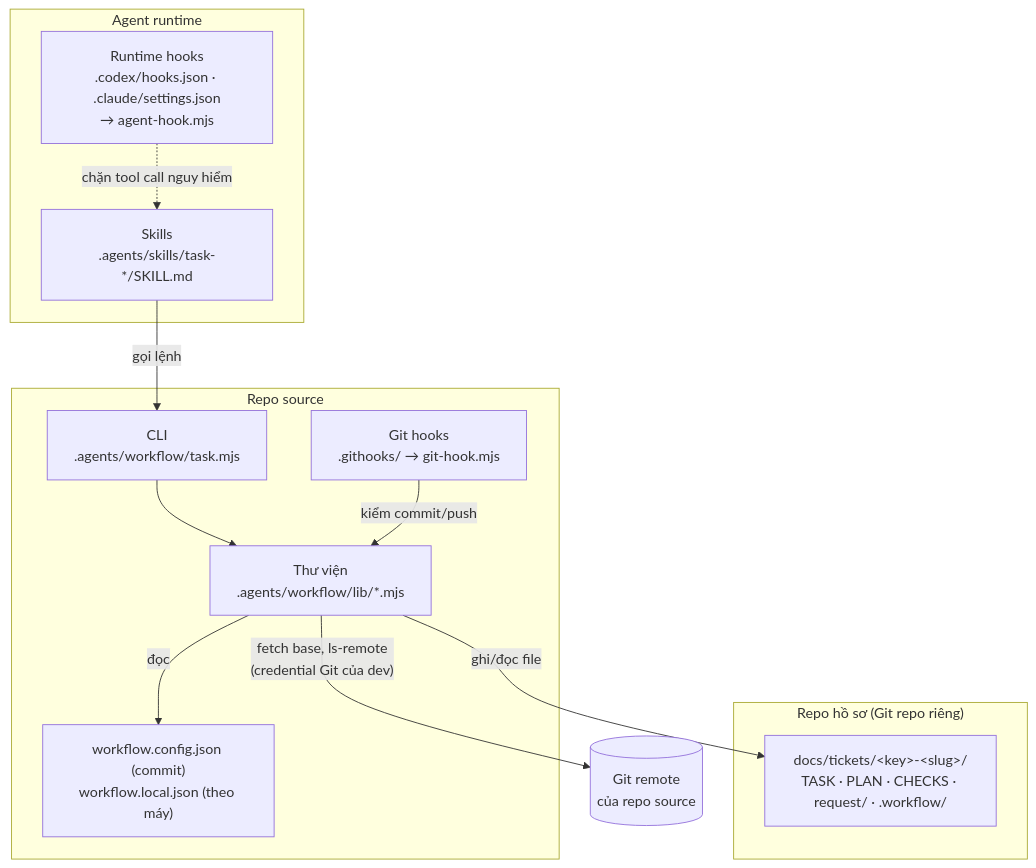
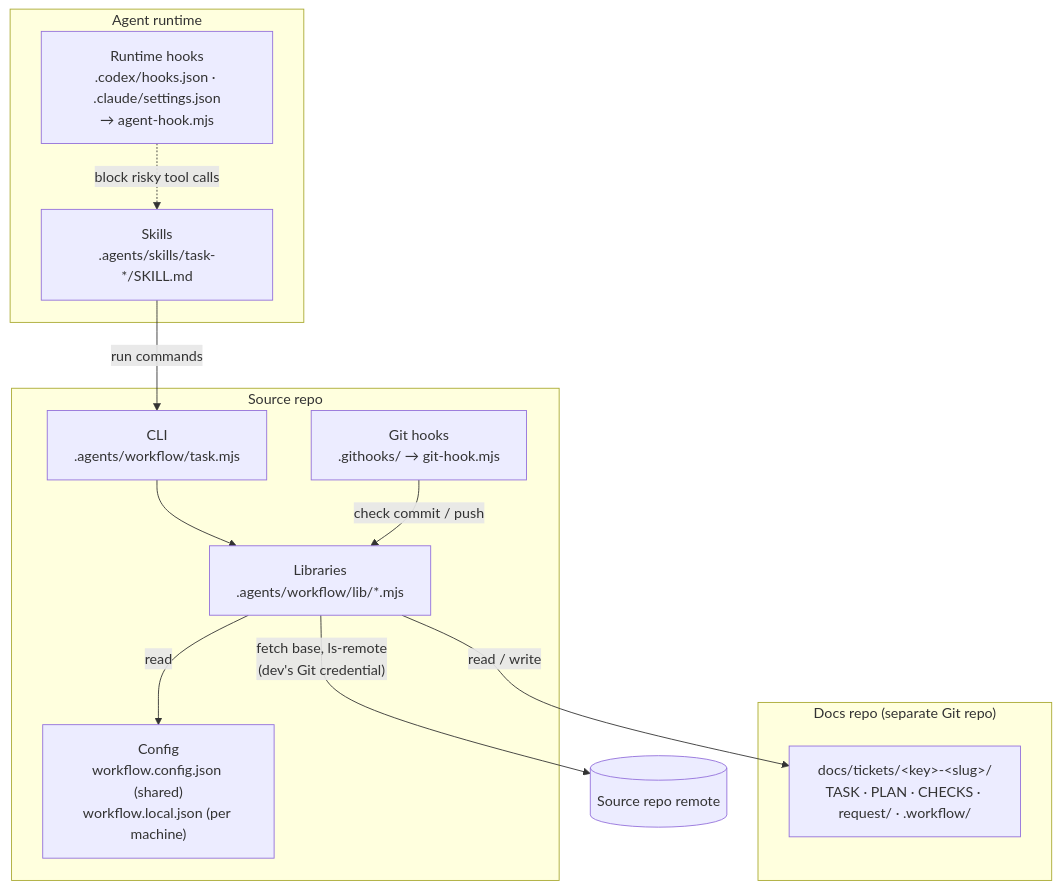
Before and after one commit to hainguyen85/ticket-workflow-kit: the third of 6 diagrams in .agents/TASK-SKILLS-GUIDE.md, drawn with Mermaid. The commit also changed other lines of this file and 67 other files, not shown here.

````diff
--- a/.agents/TASK-SKILLS-GUIDE.md
+++ b/.agents/TASK-SKILLS-GUIDE.md
@@ -78,25 +142,25 @@
 ```mermaid
 flowchart TB
     subgraph Runtime["Agent runtime"]
         SK["Skills<br/>.agents/skills/task-*/SKILL.md"]
         AH["Runtime hooks<br/>.codex/hooks.json · .claude/settings.json<br/>→ agent-hook.mjs"]
     end
-    subgraph Repo["Repo source"]
+    subgraph Repo["Source repo"]
         CLI["CLI<br/>.agents/workflow/task.mjs"]
-        LIB["Thư viện<br/>.agents/workflow/lib/*.mjs"]
+        LIB["Libraries<br/>.agents/workflow/lib/*.mjs"]
         GH["Git hooks<br/>.githooks/ → git-hook.mjs"]
-        CFG["workflow.config.json (commit)<br/>workflow.local.json (theo máy)"]
+        CFG["Config<br/>workflow.config.json (shared)<br/>workflow.local.json (per machine)"]
     end
-    subgraph Docs["Repo hồ sơ (Git repo riêng)"]
+    subgraph Docs["Docs repo (separate Git repo)"]
         V["docs/tickets/&lt;key&gt;-&lt;slug&gt;/<br/>TASK · PLAN · CHECKS · request/ · .workflow/"]
     end
-    REMOTE[("Git remote<br/>của repo source")]
+    REMOTE[("Source repo remote")]
 
-    SK -- "gọi lệnh" --> CLI
-    AH -. "chặn tool call nguy hiểm" .-> SK
+    SK -- "run commands" --> CLI
+    AH -. "block risky tool calls" .-> SK
     CLI --> LIB
-    LIB -- "đọc" --> CFG
-    LIB -- "ghi/đọc file" --> V
-    LIB -- "fetch base, ls-remote<br/>(credential Git của dev)" --> REMOTE
-    GH -- "kiểm commit/push" --> LIB
+    LIB -- "read" --> CFG
+    LIB -- "read / write" --> V
+    LIB -- "fetch base, ls-remote<br/>(dev's Git credential)" --> REMOTE
+    GH -- "check commit / push" --> LIB
 ```
````
